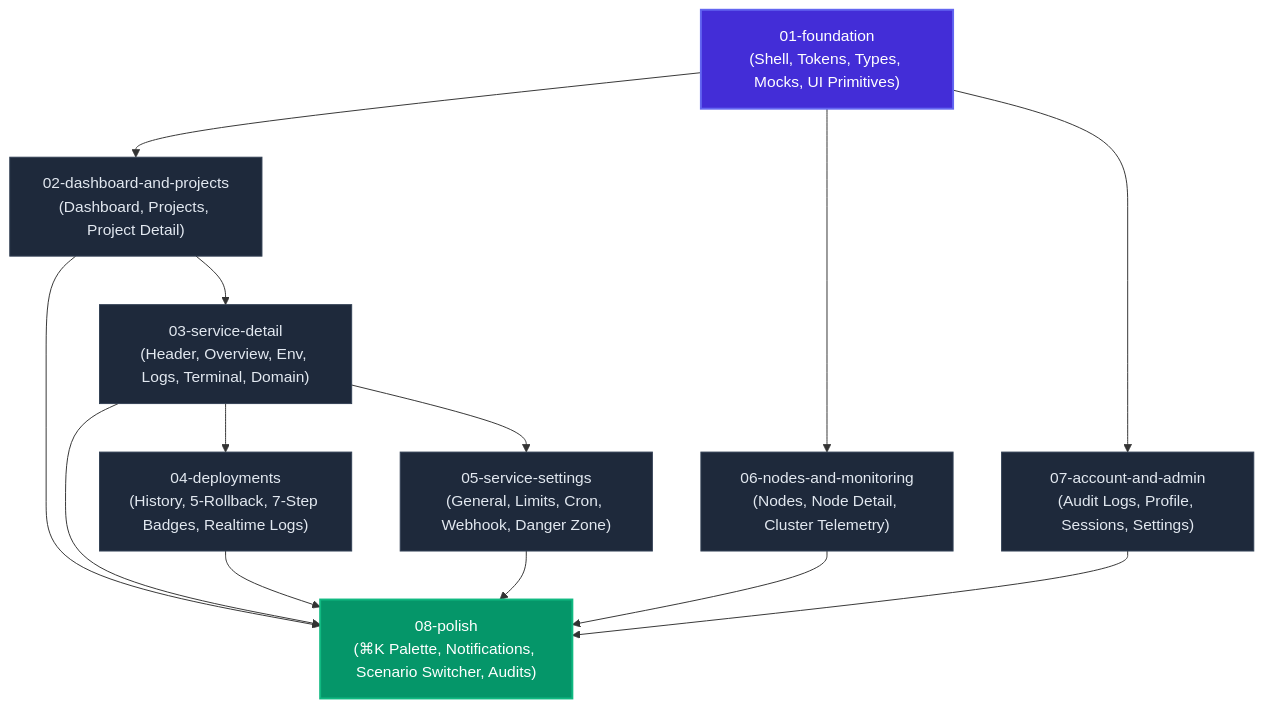
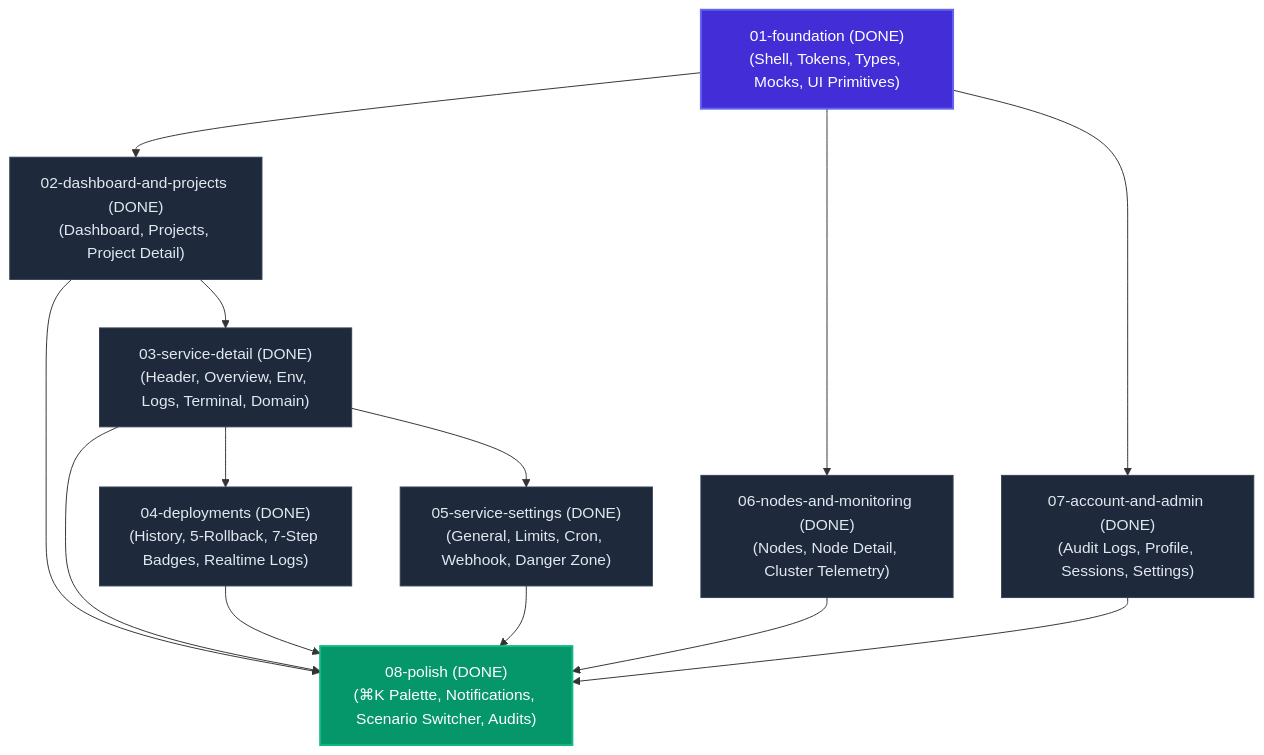
The diagram in plans/README.md (gettako/tako), drawn with Mermaid before and after one commit. The commit also changed other lines of this file and 9 other files, not shown here.

````diff
--- a/plans/README.md
+++ b/plans/README.md
@@ -27,32 +26,31 @@
 ```mermaid
 graph TD
     classDef foundation fill:#432DD7,stroke:#6366F1,stroke-width:2px,color:#fff;
     classDef feature fill:#1E293B,stroke:#334155,stroke-width:1px,color:#E2E8F0;
     classDef polish fill:#059669,stroke:#10B981,stroke-width:2px,color:#fff;
 
-    F["01-foundation<br/>(Shell, Tokens, Types, Mocks, UI Primitives)"]:::foundation
+    F["01-foundation (DONE)<br/>(Shell, Tokens, Types, Mocks, UI Primitives)"]:::foundation
+    DP["02-dashboard-and-projects (DONE)<br/>(Dashboard, Projects, Project Detail)"]:::feature
+    SD["03-service-detail (DONE)<br/>(Header, Overview, Env, Logs, Terminal, Domain)"]:::feature
+    DEP["04-deployments (DONE)<br/>(History, 5-Rollback, 7-Step Badges, Realtime Logs)"]:::feature
+    SS["05-service-settings (DONE)<br/>(General, Limits, Cron, Webhook, Danger Zone)"]:::feature
+    NM["06-nodes-and-monitoring (DONE)<br/>(Nodes, Node Detail, Cluster Telemetry)"]:::feature
     
-    DP["02-dashboard-and-projects<br/>(Dashboard, Projects, Project Detail)"]:::feature
-    SD["03-service-detail<br/>(Header, Overview, Env, Logs, Terminal, Domain)"]:::feature
-    DEP["04-deployments<br/>(History, 5-Rollback, 7-Step Badges, Realtime Logs)"]:::feature
-    SS["05-service-settings<br/>(General, Limits, Cron, Webhook, Danger Zone)"]:::feature
-    NM["06-nodes-and-monitoring<br/>(Nodes, Node Detail, Cluster Telemetry)"]:::feature
-    AA["07-account-and-admin<br/>(Audit Logs, Profile, Sessions, Settings)"]:::feature
-    
-    POL["08-polish<br/>(⌘K Palette, Notifications, Scenario Switcher, Audits)"]:::polish
+    AA["07-account-and-admin (DONE)<br/>(Audit Logs, Profile, Sessions, Settings)"]:::feature
+    POL["08-polish (DONE)<br/>(⌘K Palette, Notifications, Scenario Switcher, Audits)"]:::polish
 
     F --> DP
     F --> NM
     F --> AA
     
     DP --> SD
     SD --> DEP
     SD --> SS
     
     DP --> POL
     SD --> POL
     DEP --> POL
     SS --> POL
     NM --> POL
     AA --> POL
 ```
````
